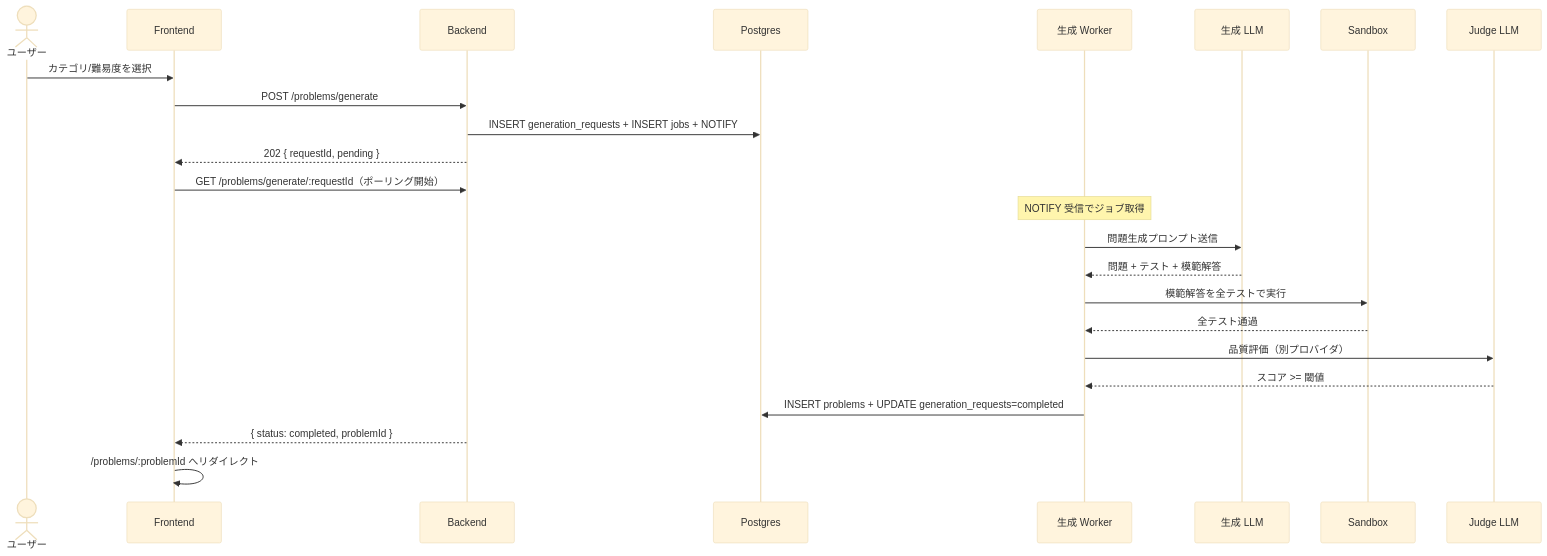
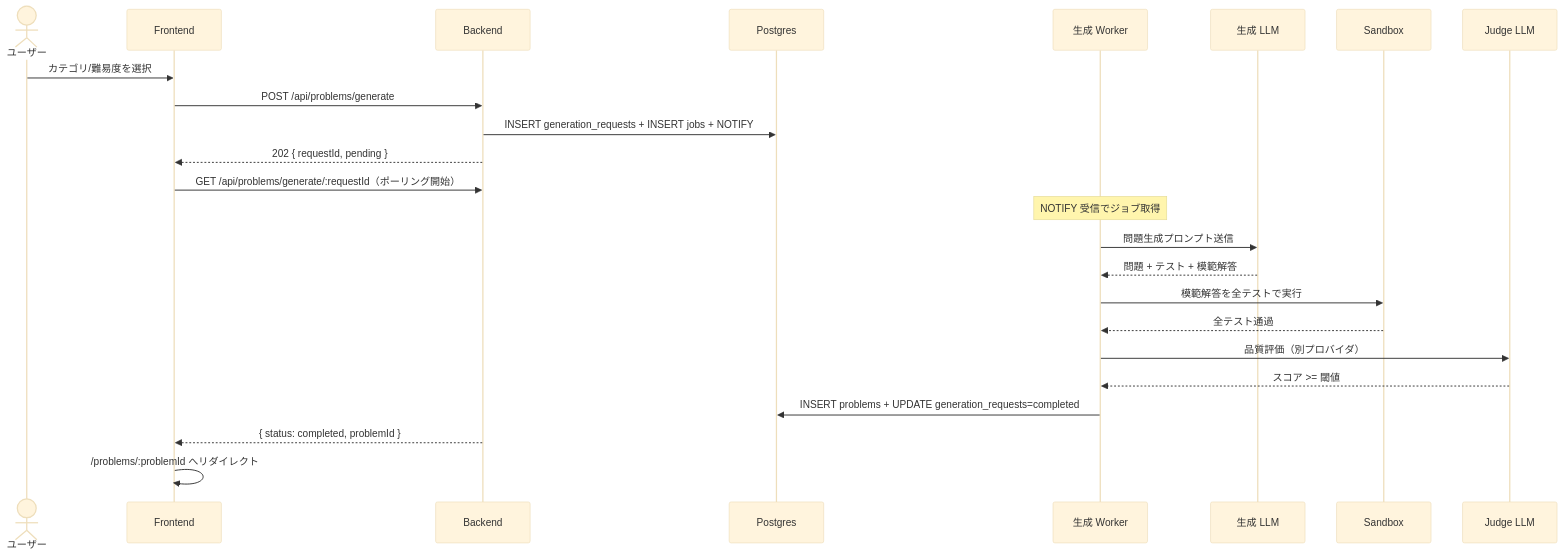
One commit to yzanbo/ai-coding-drill-python changed the diagram in docs/requirements/4-features/problem-generation.md. Above: the diagram before and after it, drawn with Mermaid (base theme). The commit also changed other lines of this file and 17 other files, not shown here.

````diff
--- a/docs/requirements/4-features/problem-generation.md
+++ b/docs/requirements/4-features/problem-generation.md
@@ -95,27 +95,27 @@
 ```mermaid
 sequenceDiagram
   actor User as ユーザー
   participant FE as Frontend
   participant API as Backend
   participant DB as Postgres
   participant W as 生成 Worker
   participant LLM as 生成 LLM
   participant SB as Sandbox
   participant J as Judge LLM
 
   User ->> FE: カテゴリ/難易度を選択
-  FE ->> API: POST /problems/generate
+  FE ->> API: POST /api/problems/generate
   API ->> DB: INSERT generation_requests + INSERT jobs + NOTIFY
   API -->> FE: 202 { requestId, pending }
-  FE ->> API: GET /problems/generate/:requestId（ポーリング開始）
+  FE ->> API: GET /api/problems/generate/:requestId（ポーリング開始）
   Note over W: NOTIFY 受信でジョブ取得
   W ->> LLM: 問題生成プロンプト送信
   LLM -->> W: 問題 + テスト + 模範解答
   W ->> SB: 模範解答を全テストで実行
   SB -->> W: 全テスト通過
   W ->> J: 品質評価（別プロバイダ）
   J -->> W: スコア >= 閾値
   W ->> DB: INSERT problems + UPDATE generation_requests=completed
   API -->> FE: { status: completed, problemId }
   FE ->> FE: /problems/:problemId へリダイレクト
 ```
````
